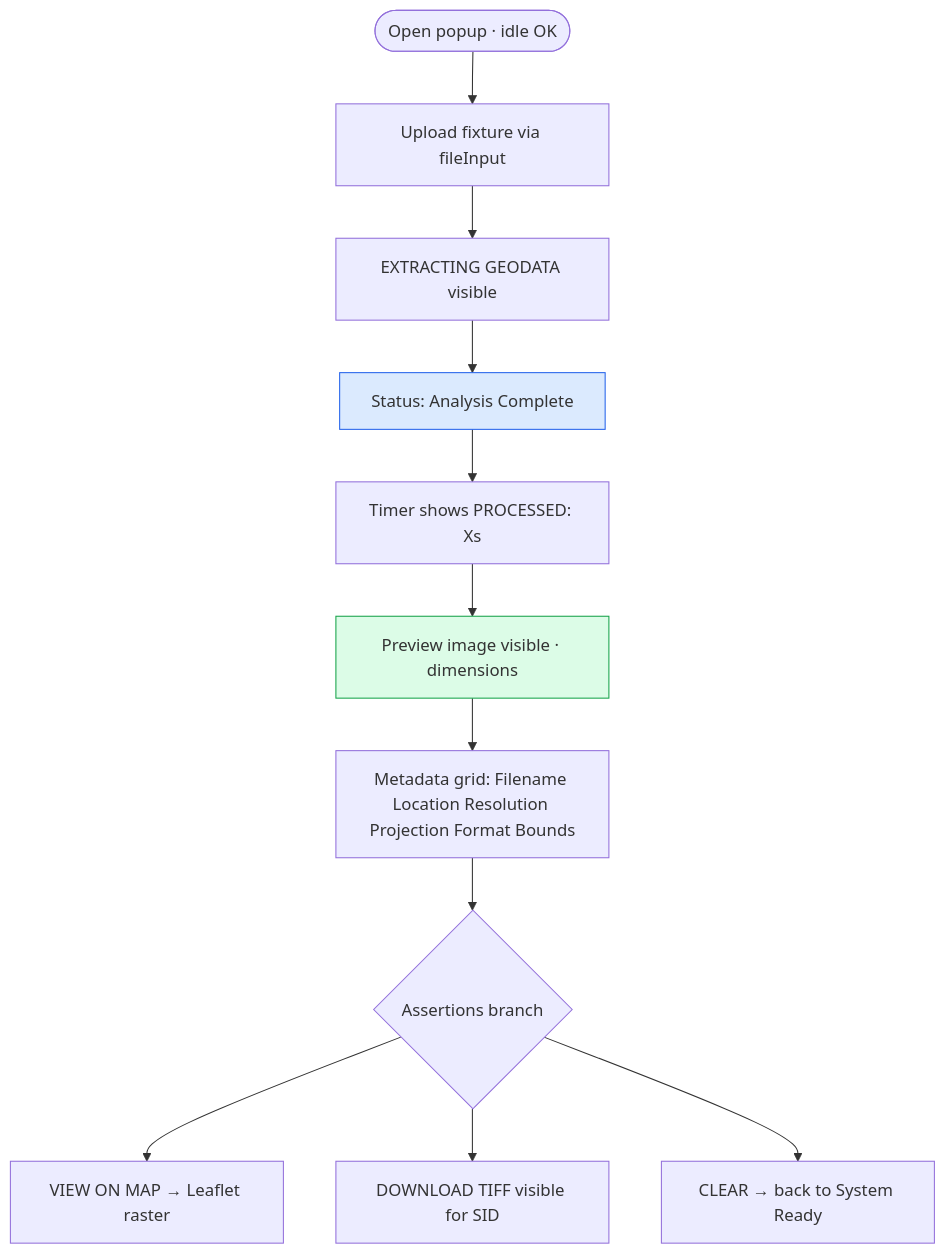
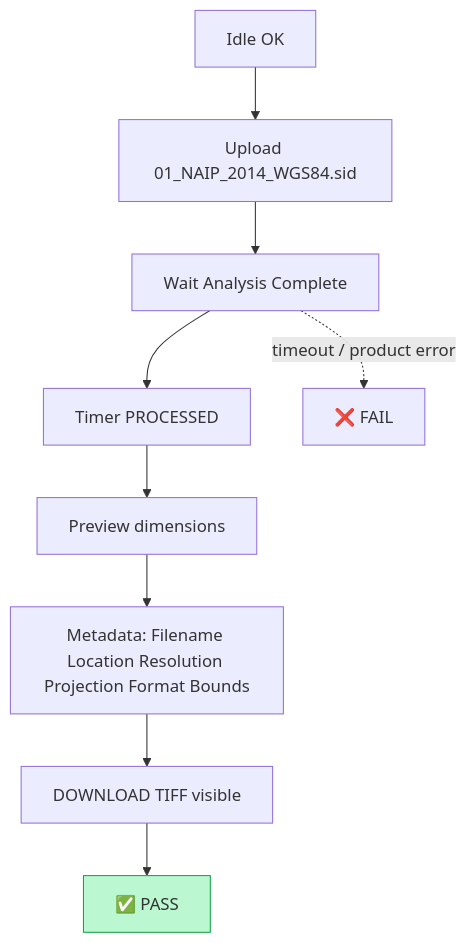
The tenth of 44 diagrams in README.md (GeoWGS84-Testing/Mrsid-Extension), drawn with Mermaid before and after one commit. The commit also changed other lines of this file, not shown here.

````diff
--- a/README.md
+++ b/README.md
@@ -233,17 +377,13 @@
 ```mermaid
 flowchart TD
-  Start([Open popup · idle OK]) --> Up[Upload fixture via fileInput]
-  Up --> Ext[EXTRACTING GEODATA visible]
-  Ext --> Done[Status: Analysis Complete]
-  Done --> Timer[Timer shows PROCESSED: Xs]
-  Timer --> Prev[Preview image visible · dimensions]
-  Prev --> Meta[Metadata grid: Filename Location Resolution Projection Format Bounds]
-  Meta --> Act{Assertions branch}
+  A[Idle OK] --> B[Upload 01_NAIP_2014_WGS84.sid]
+  B --> C[Wait Analysis Complete]
+  C --> D[Timer PROCESSED]
+  D --> E[Preview dimensions]
+  E --> F[Metadata: Filename Location Resolution Projection Format Bounds]
+  F --> G[DOWNLOAD TIFF visible]
+  G --> P[✅ PASS]
+  C -.->|timeout / product error| X[❌ FAIL]
 
-  Act --> M[VIEW ON MAP → Leaflet raster]
-  Act --> D[DOWNLOAD TIFF visible for SID]
-  Act --> C[CLEAR → back to System Ready]
-
-  style Done fill:#dbeafe,stroke:#2563eb
-  style Prev fill:#dcfce7,stroke:#16a34a
+  style P fill:#bbf7d0,stroke:#16a34a
 ```
````
